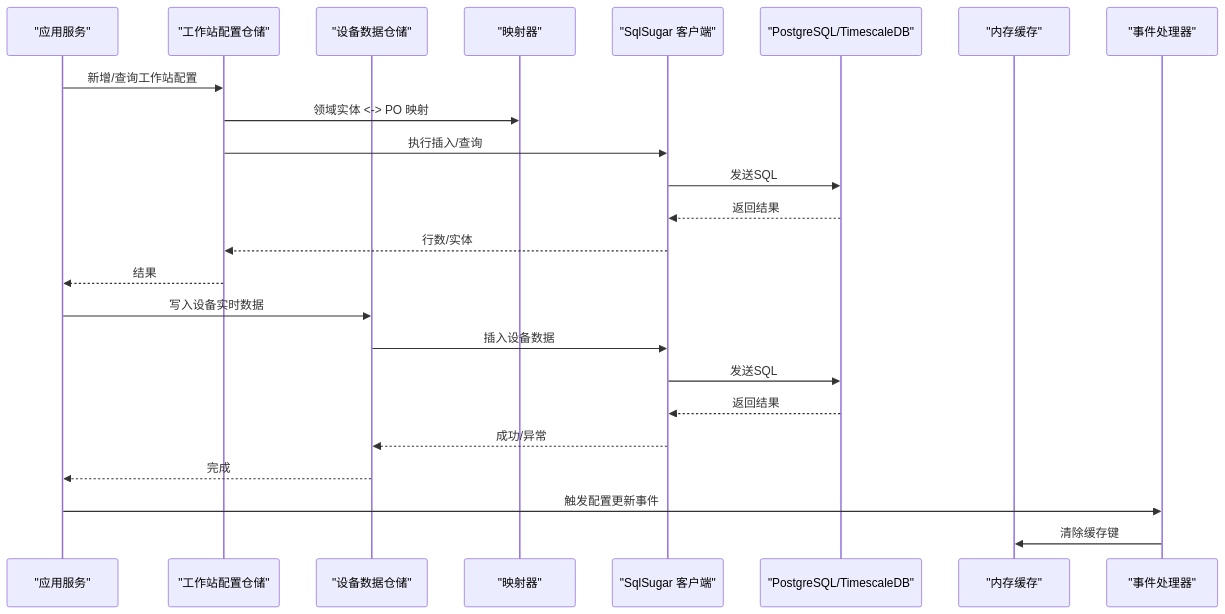
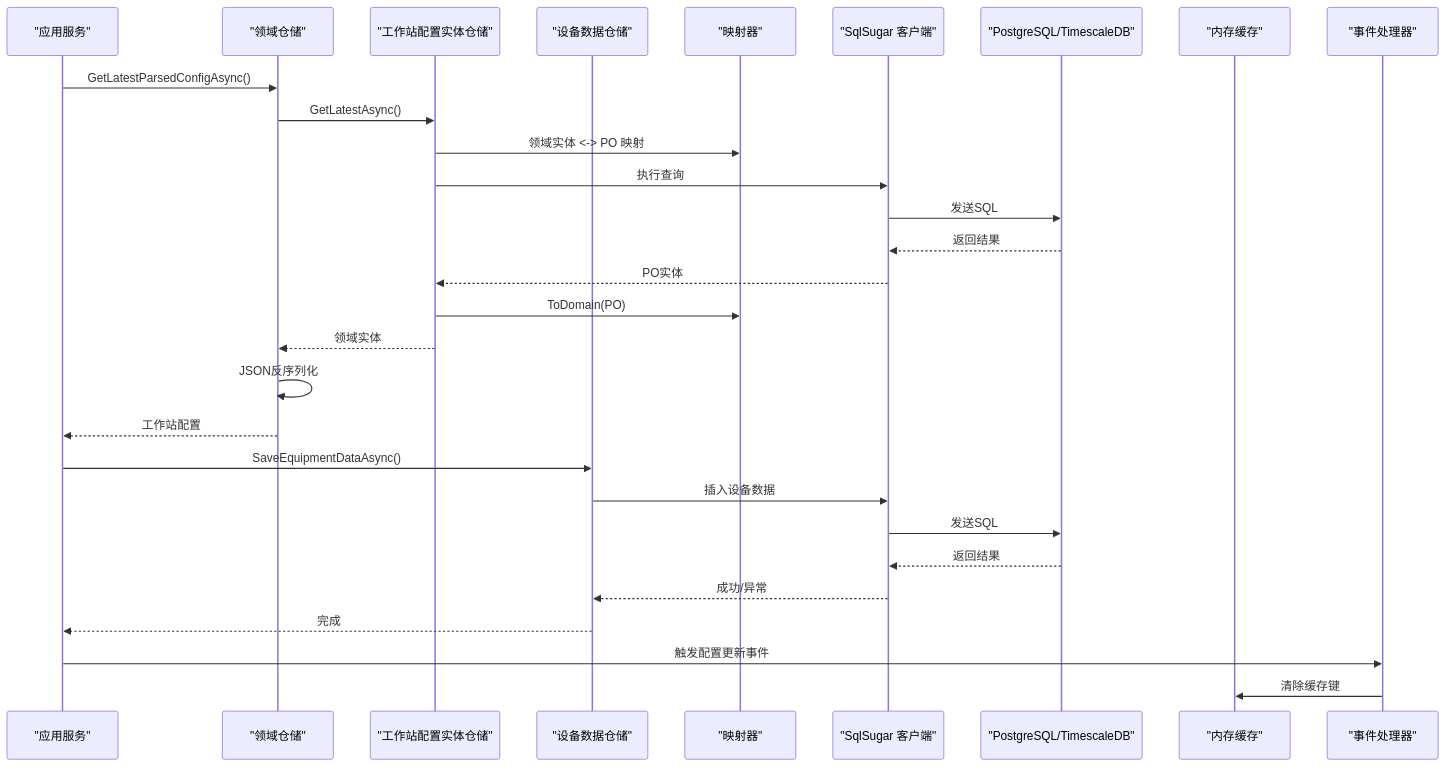
The second of 9 diagrams in .qoder/repowiki/zh/content/数据持久化/数据持久化.md (whitemousetl/IndustrialDataSolution), drawn with Mermaid before and after one commit. The commit also changed other lines of this file and 18 other files, not shown here.

````diff
--- a/.qoder/repowiki/zh/content/数据持久化/数据持久化.md
+++ b/.qoder/repowiki/zh/content/数据持久化/数据持久化.md
@@ -122,26 +130,31 @@
 ```mermaid
 sequenceDiagram
 participant App as "应用服务"
-participant WSRepo as "工作站配置仓储"
+participant EndRepo as "领域仓储"
+participant WSRepo as "工作站配置实体仓储"
 participant EDRepo as "设备数据仓储"
 participant Mapper as "映射器"
 participant DB as "SqlSugar 客户端"
 participant PG as "PostgreSQL/TimescaleDB"
 participant Cache as "内存缓存"
 participant EH as "事件处理器"
-App->>WSRepo : 新增/查询工作站配置
+App->>EndRepo : GetLatestParsedConfigAsync()
+EndRepo->>WSRepo : GetLatestAsync()
 WSRepo->>Mapper : 领域实体 <-> PO 映射
-WSRepo->>DB : 执行插入/查询
+WSRepo->>DB : 执行查询
 DB->>PG : 发送SQL
 PG-->>DB : 返回结果
-DB-->>WSRepo : 行数/实体
-WSRepo-->>App : 结果
-App->>EDRepo : 写入设备实时数据
+DB-->>WSRepo : PO实体
+WSRepo->>Mapper : ToDomain(PO)
+WSRepo-->>EndRepo : 领域实体
+EndRepo->>EndRepo : JSON反序列化
+EndRepo-->>App : 工作站配置
+App->>EDRepo : SaveEquipmentDataAsync()
 EDRepo->>DB : 插入设备数据
 DB->>PG : 发送SQL
 PG-->>DB : 返回结果
 DB-->>EDRepo : 成功/异常
 EDRepo-->>App : 完成
 App->>EH : 触发配置更新事件
 EH->>Cache : 清除缓存键
 ```
````
